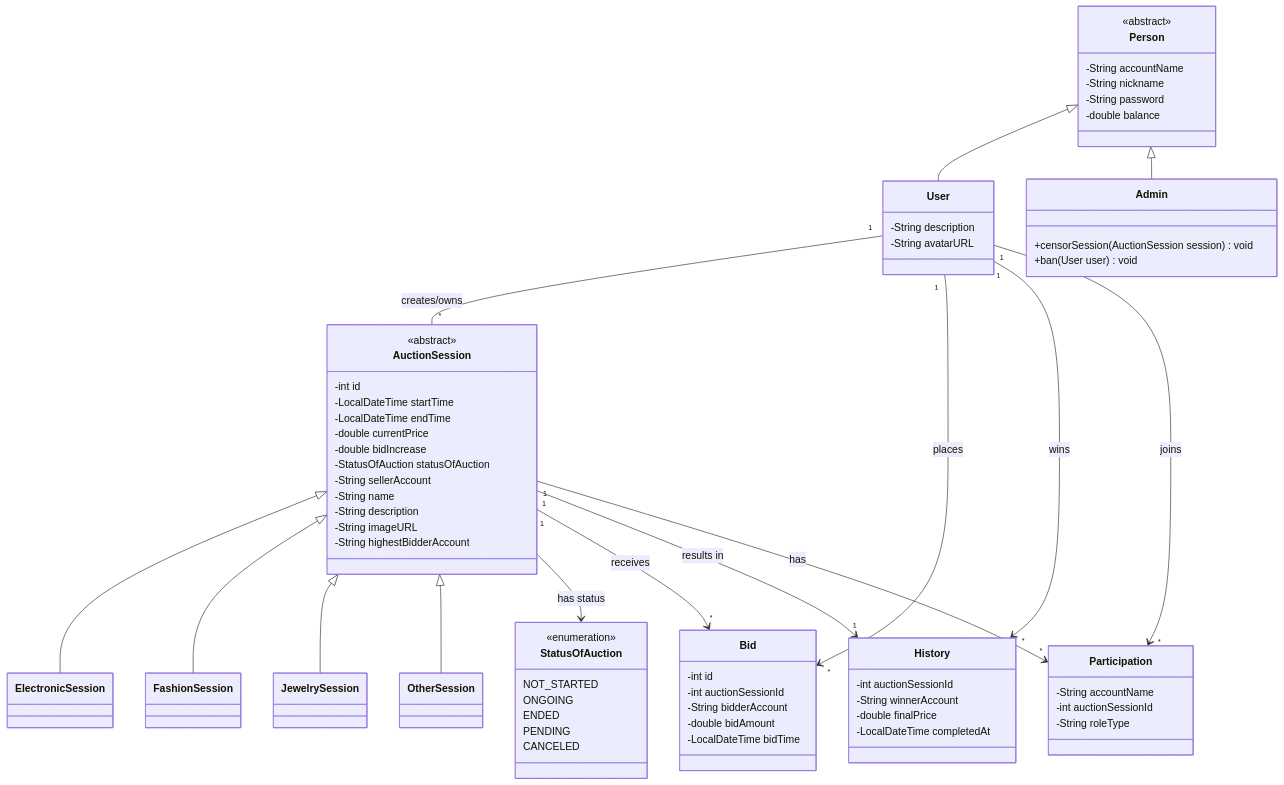
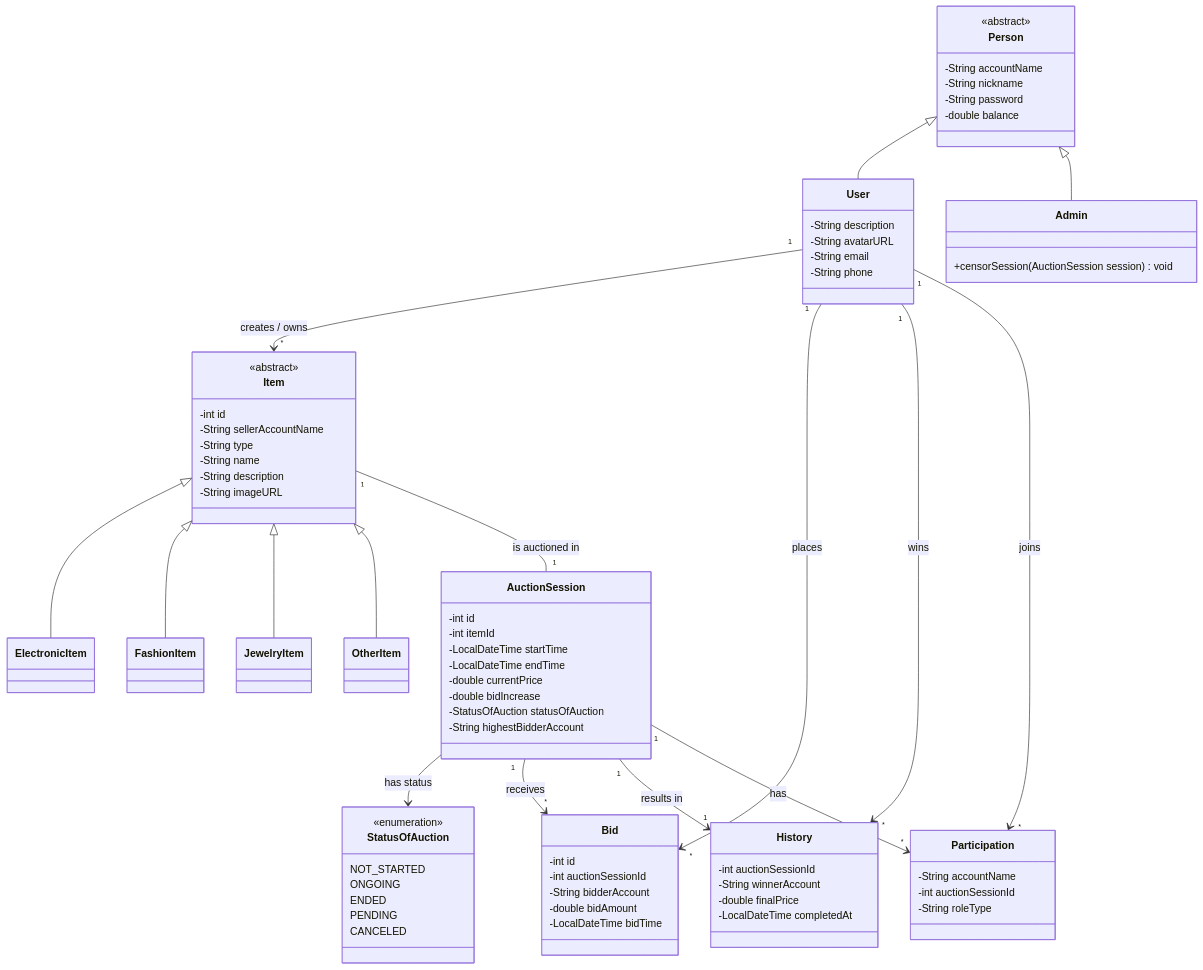
One commit to phudeptraibodoithe/Bai-tap-lon-nhom-6 changed the first of 3 diagrams in README.md. Above: the diagram before and after it, drawn with Mermaid. The commit also changed other lines of this file, not shown here.

Commit message:
docs: xem bieu do lop

````diff
--- a/README.md
+++ b/README.md
@@ -48,48 +48,57 @@
     class User {
         -String description
         -String avatarURL
+        -String email
+        -String phone
     }
 
     class Admin {
         +censorSession(AuctionSession session) void
-        +ban(User user) void
     }
 
     Person <|-- User
     Person <|-- Admin
 
-    class AuctionSession {
+    %% --- PHẦN ITEM (ABSTRACT CLASS & SUBCLASSES) ---
+    class Item {
         <<abstract>>
         -int id
+        -String sellerAccountName
+        -String type
+        -String name
+        -String description
+        -String imageURL
+    }
+    class ElectronicItem {
+    }
+    class FashionItem {
+    }
+    class JewelryItem {
+    }
+    class OtherItem {
+    }
+
+    Item <|-- ElectronicItem
+    Item <|-- FashionItem
+    Item <|-- JewelryItem
+    Item <|-- OtherItem
+
+    %% --- PHẦN SESSION (CONCRETE CLASS) ---
+    class AuctionSession {
+        -int id
+        -int itemId
         -LocalDateTime startTime
         -LocalDateTime endTime
         -double currentPrice
         -double bidIncrease
         -StatusOfAuction statusOfAuction
-        -String sellerAccount
-        -String name
-        -String description
-        -String imageURL
         -String highestBidderAccount
     }
 
-    %% Các Class con của AuctionSession (Bạn hãy đổi tên theo đúng ảnh của bạn)
-    class ElectronicSession {
-    }
-    class FashionSession {
-    }
-    class JewelrySession {
-    }
-    class OtherSession {
-    }
-
-    AuctionSession <|-- ElectronicSession
-    AuctionSession <|-- FashionSession
-    AuctionSession <|-- JewelrySession
-    AuctionSession <|-- OtherSession
 
     AuctionSession --> StatusOfAuction : has status
 
+    %% --- PHẦN LỊCH SỬ & BID ---
     class Bid {
         -int id
         -int auctionSessionId
@@ -105,12 +114,6 @@
         -LocalDateTime completedAt
     }
 
-    User "1" -- "*" AuctionSession : creates/owns
-    User "1" --> "*" Bid : places
-    AuctionSession "1" --> "*" Bid : receives
-    User "1" --> "*" History : wins
-    AuctionSession "1" --> "1" History : results in
-
     %% --- PHẦN PARTICIPATION ---
     class Participation {
         -String accountName
@@ -118,7 +121,19 @@
         -String roleType
     }
 
-    %% Mối quan hệ của Participation
+    %% --- MỐI QUAN HỆ CỦA CÁC THỰC THỂ (RELATIONSHIPS) ---
+    
+    %% User tạo ra Item, Item được đấu giá trong Session
+    User "1" --> "*" Item : creates / owns
+    Item "1" -- "1" AuctionSession : is auctioned in
+    
+    %% User và Bid, History
+    User "1" --> "*" Bid : places
+    AuctionSession "1" --> "*" Bid : receives
+    User "1" --> "*" History : wins
+    AuctionSession "1" --> "1" History : results in
+    
+    %% Participation
     User "1" --> "*" Participation : joins
     AuctionSession "1" --> "*" Participation : has
 ```
````
